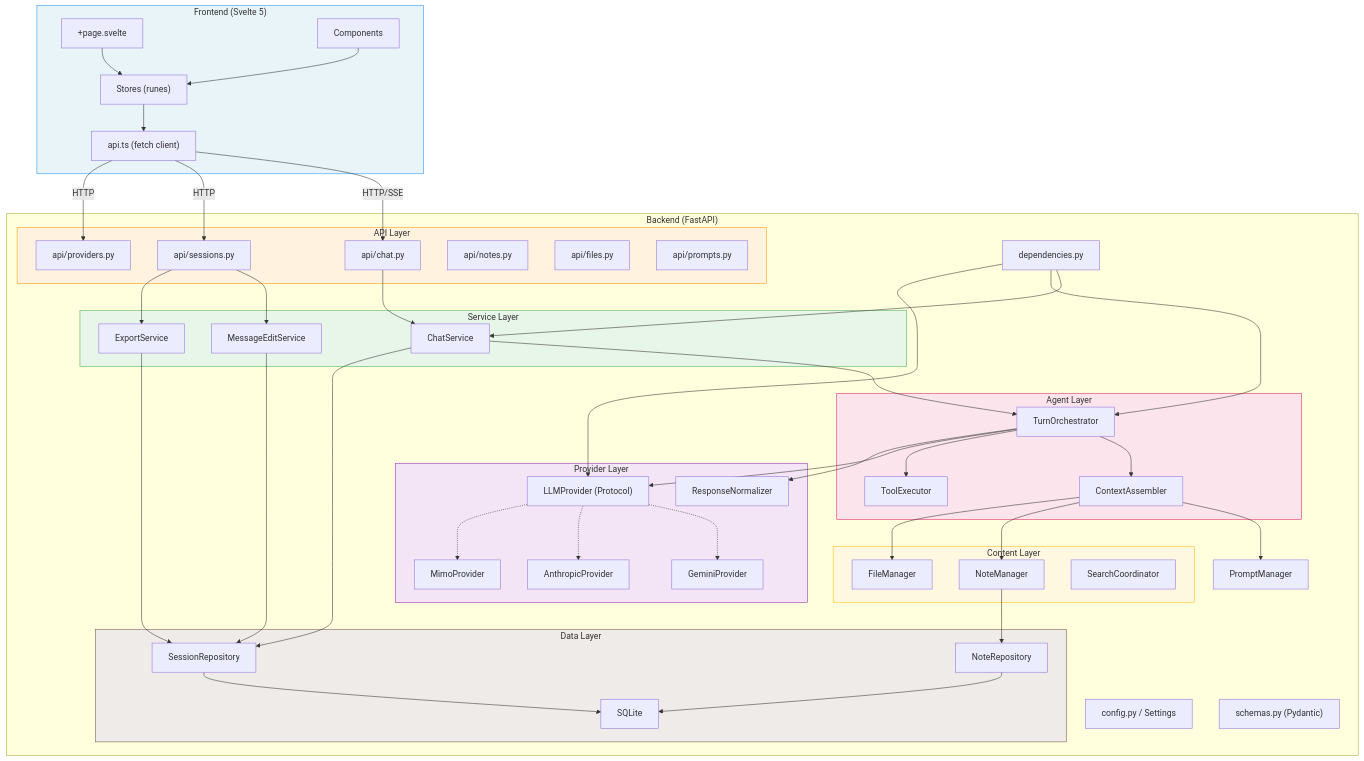
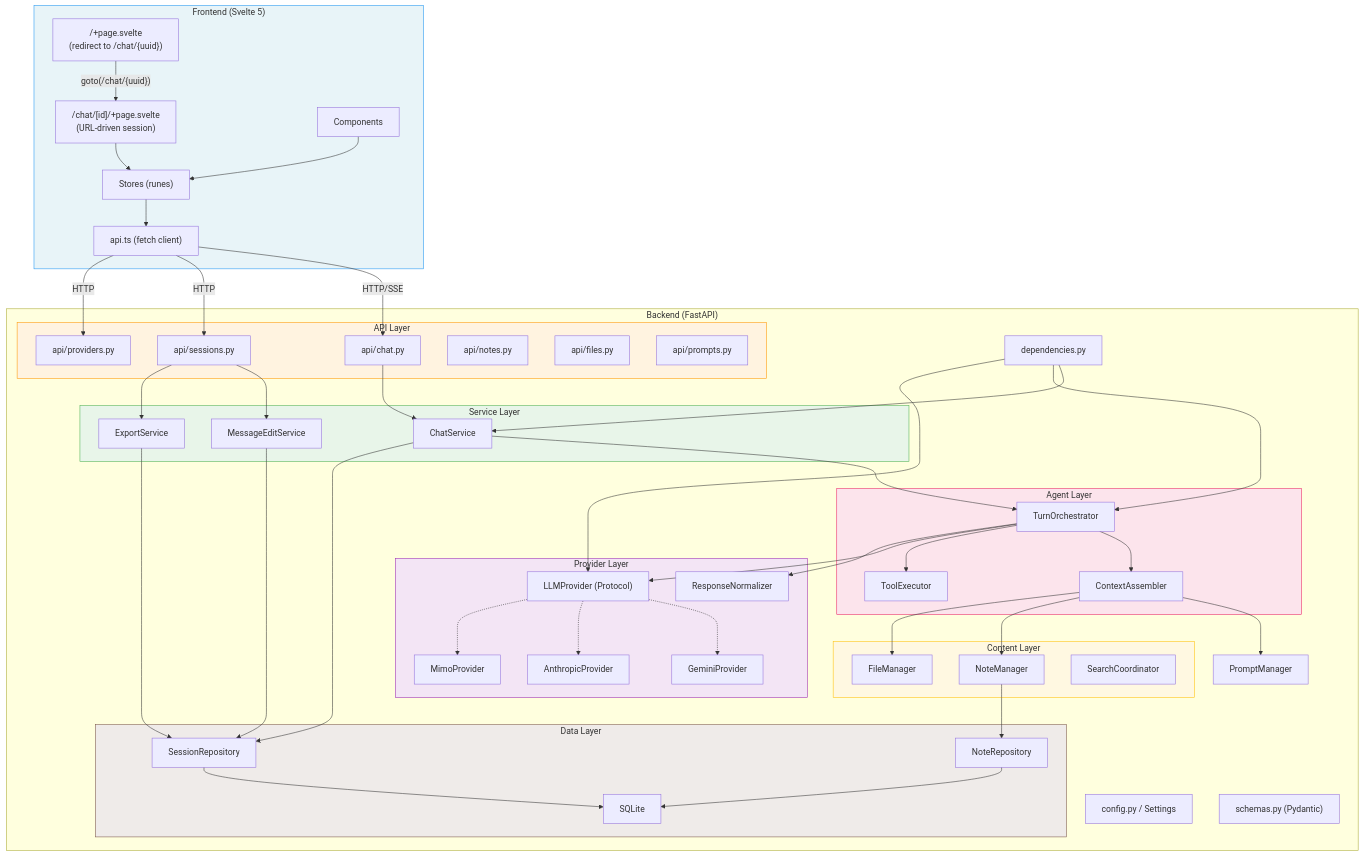
One commit to m1981/kuchnie changed the first of 8 diagrams in kitchen-agent/docs/specs/architecture-diagrams.md. Above: the diagram before and after it, drawn with Mermaid. The commit also changed other lines of this file and 5 other files, not shown here.

First line of the commit message:
feat: implement URL-based session routing for chat persistence

````diff
--- a/kitchen-agent/docs/specs/architecture-diagrams.md
+++ b/kitchen-agent/docs/specs/architecture-diagrams.md
@@ -10,7 +10,8 @@
 ```mermaid
 graph TB
     subgraph Frontend["Frontend (Svelte 5)"]
-        Page["+page.svelte"]
+        RootPage["/+page.svelte<br/>(redirect to /chat/{uuid})"]
+        ChatPage["/chat/[id]/+page.svelte<br/>(URL-driven session)"]
         Stores["Stores (runes)"]
         Components["Components"]
         API["api.ts (fetch client)"]
@@ -64,7 +65,8 @@
         Prompts["PromptManager"]
     end
 
-    Page --> Stores
+    RootPage -->|"goto(/chat/{uuid})"| ChatPage
+    ChatPage --> Stores
     Stores --> API
     Components --> Stores
     API -->|HTTP/SSE| ChatRoute
````
